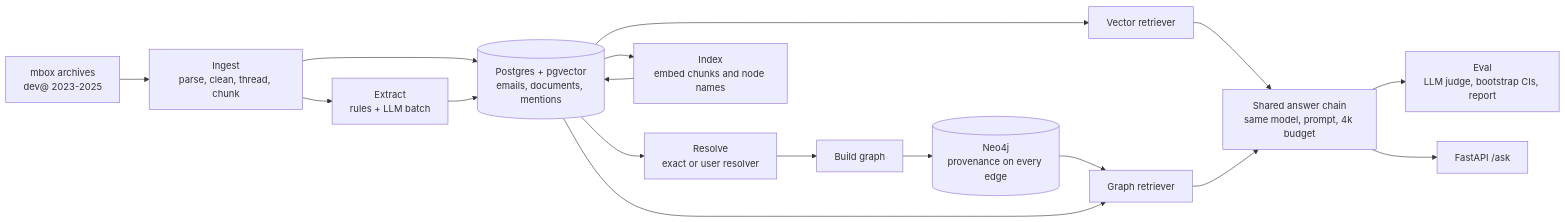
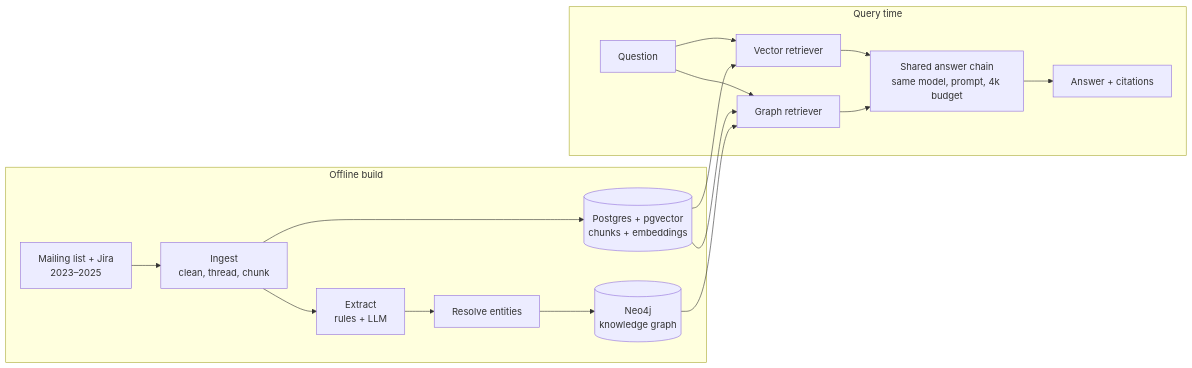
Before and after one commit to arjunchhabra1/kafka-atlas: the first of 5 diagrams in README.md, drawn with Mermaid. The commit also changed other lines of this file, not shown here.

Commit message:
docs: tighter README with architecture, schema, retrieval, evaluation and example diagrams

````diff
--- a/README.md
+++ b/README.md
@@ -23,19 +23,20 @@
 ```mermaid
 flowchart LR
-    A[mbox archives<br/>dev@ 2023-2025] --> B[Ingest<br/>parse, clean, thread, chunk]
-    B --> P[(Postgres + pgvector<br/>emails, documents, mentions)]
-    B --> C[Extract<br/>rules + LLM batch]
-    C --> P
-    P --> D[Resolve<br/>exact or user resolver]
-    D --> E[Build graph]
-    E --> N[(Neo4j<br/>provenance on every edge)]
-    P --> F[Index<br/>embed chunks and node names]
-    F --> P
-    P --> V[Vector retriever]
-    N --> G[Graph retriever]
-    P --> G
-    V --> H[Shared answer chain<br/>same model, prompt, 4k budget]
-    G --> H
-    H --> I[Eval<br/>LLM judge, bootstrap CIs, report]
-    H --> J[FastAPI /ask]
+    subgraph Build["Offline build"]
+        A[Mailing list + Jira<br/>2023–2025] --> B[Ingest<br/>clean, thread, chunk]
+        B --> C[Extract<br/>rules + LLM]
+        C --> D[Resolve entities]
+        D --> E[(Neo4j<br/>knowledge graph)]
+        B --> F[(Postgres + pgvector<br/>chunks + embeddings)]
+    end
+    subgraph Query["Query time"]
+        Q[Question] --> V[Vector retriever]
+        Q --> G[Graph retriever]
+        V --> H[Shared answer chain<br/>same model, prompt, 4k budget]
+        G --> H
+        H --> R[Answer + citations]
+    end
+    F --> V
+    F --> G
+    E --> G
 ```
````
